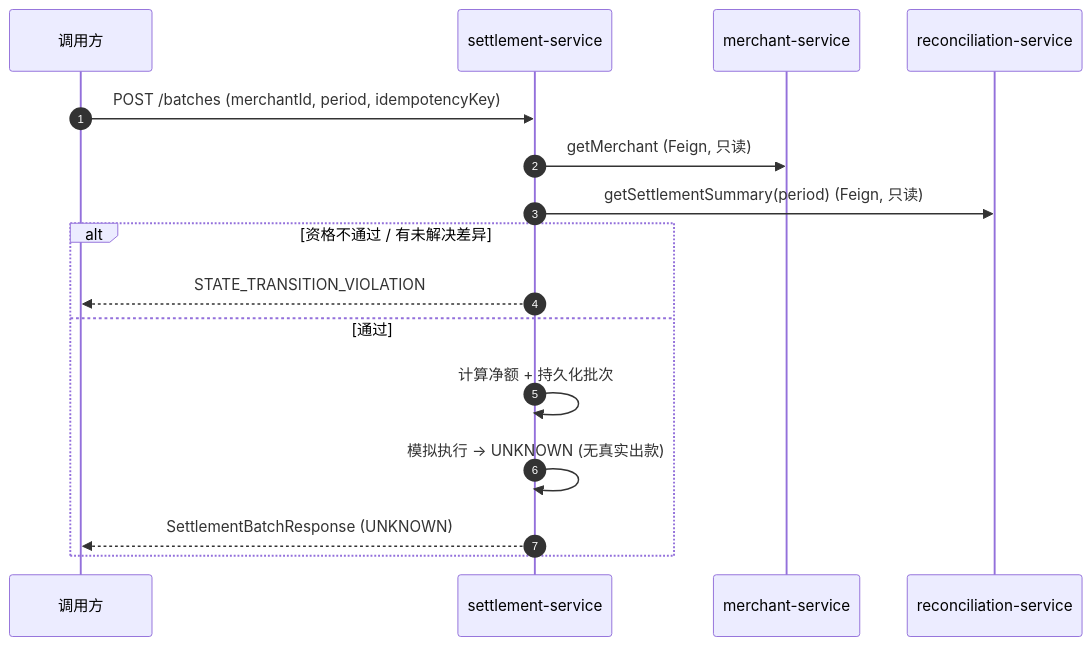
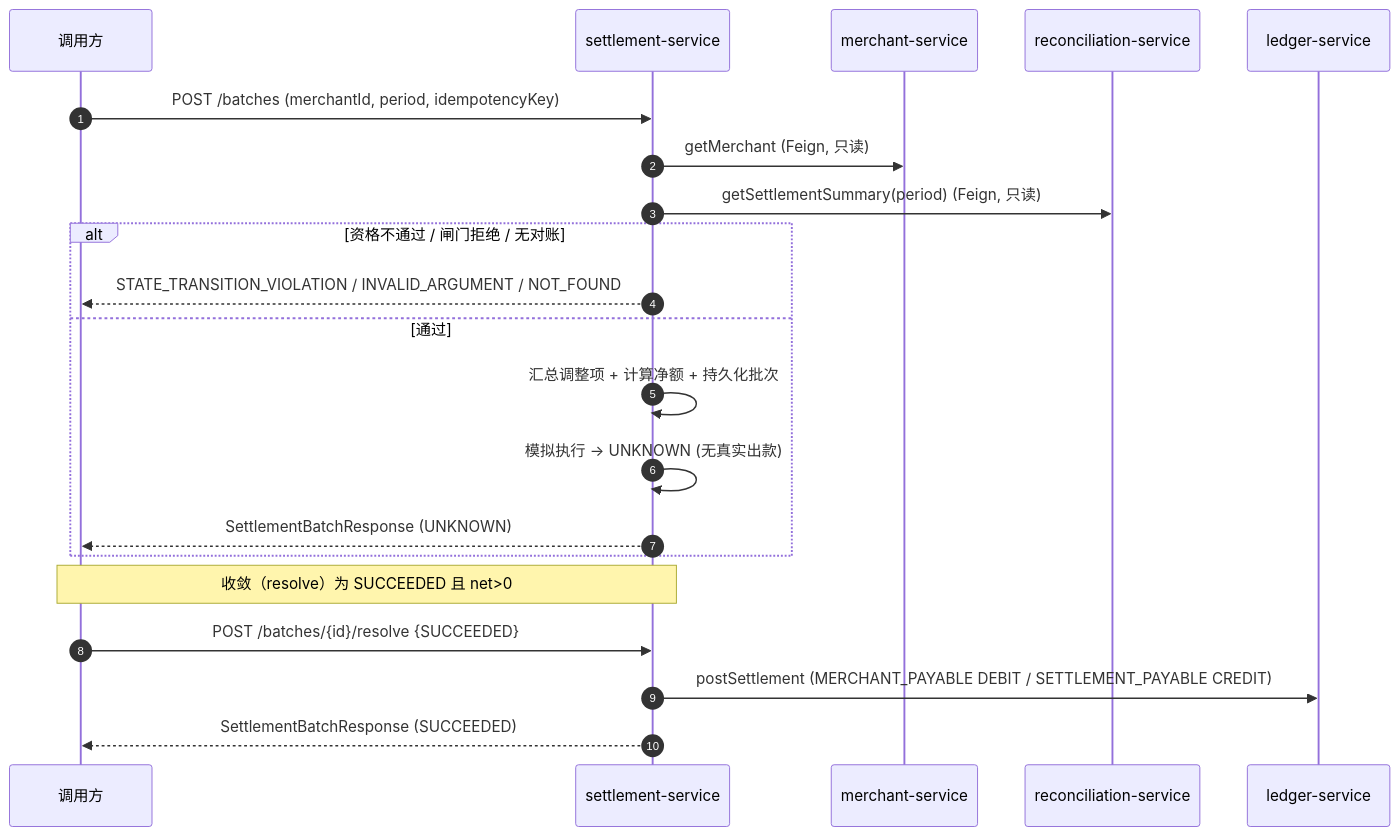
One commit to ckcky/Payment changed the diagram in docs/architecture/systems/settlement-service.md. Above: the diagram before and after it, drawn with Mermaid. The commit also changed other lines of this file and 214 other files, not shown here.

````diff
--- a/docs/architecture/systems/settlement-service.md
+++ b/docs/architecture/systems/settlement-service.md
@@ -196,18 +256,23 @@
 ```mermaid
 sequenceDiagram
     autonumber
     participant C as 调用方
     participant S as settlement-service
     participant M as merchant-service
     participant R as reconciliation-service
+    participant L as ledger-service
     C->>S: POST /batches (merchantId, period, idempotencyKey)
     S->>M: getMerchant (Feign, 只读)
     S->>R: getSettlementSummary(period) (Feign, 只读)
-    alt 资格不通过 / 有未解决差异
-        S-->>C: STATE_TRANSITION_VIOLATION
+    alt 资格不通过 / 闸门拒绝 / 无对账
+        S-->>C: STATE_TRANSITION_VIOLATION / INVALID_ARGUMENT / NOT_FOUND
     else 通过
-        S->>S: 计算净额 + 持久化批次
+        S->>S: 汇总调整项 + 计算净额 + 持久化批次
         S->>S: 模拟执行 → UNKNOWN (无真实出款)
         S-->>C: SettlementBatchResponse (UNKNOWN)
     end
+    Note over C,S: 收敛（resolve）为 SUCCEEDED 且 net>0
+    C->>S: POST /batches/{id}/resolve {SUCCEEDED}
+    S->>L: postSettlement (MERCHANT_PAYABLE DEBIT / SETTLEMENT_PAYABLE CREDIT)
+    S-->>C: SettlementBatchResponse (SUCCEEDED)
 ```
````
